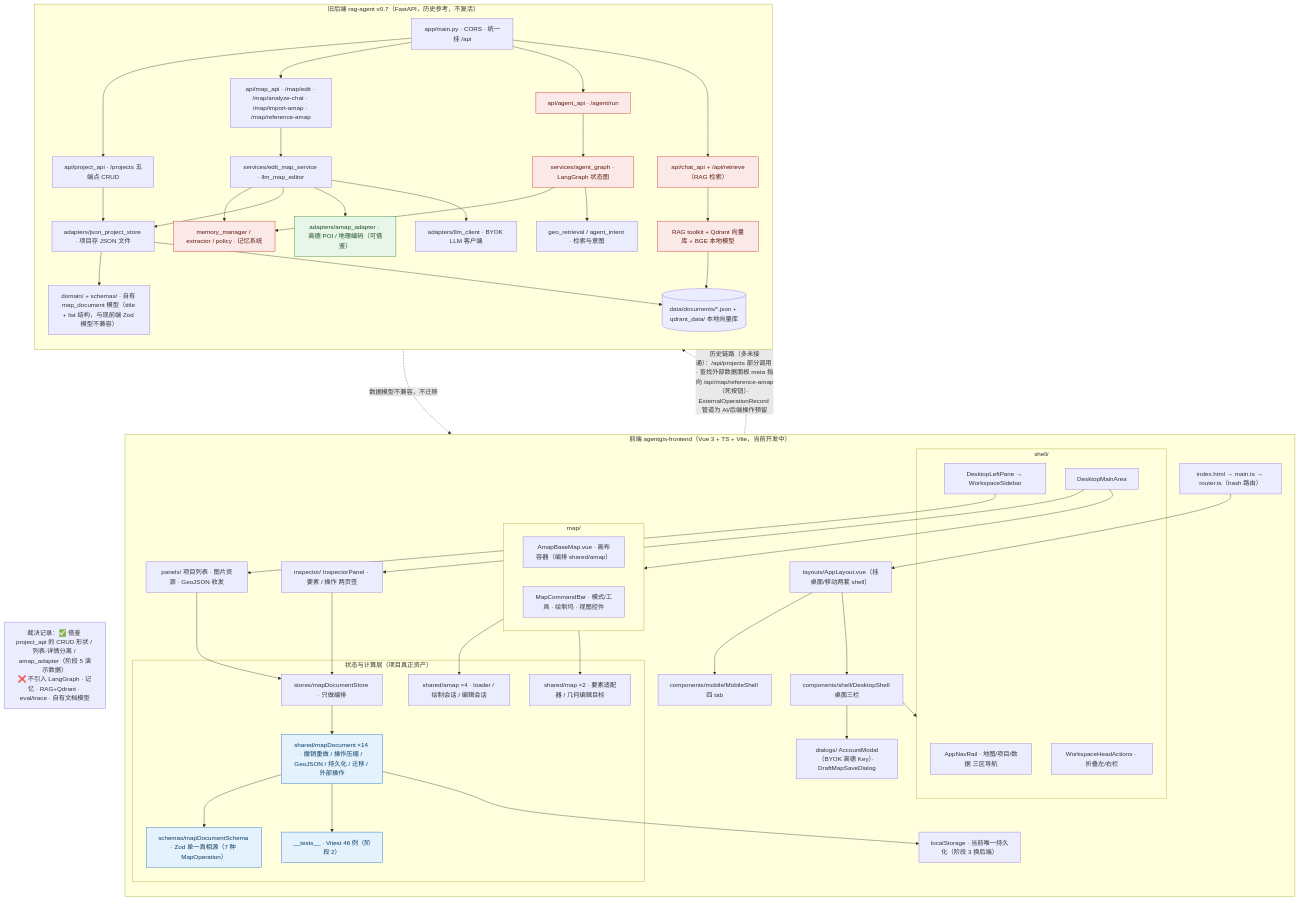
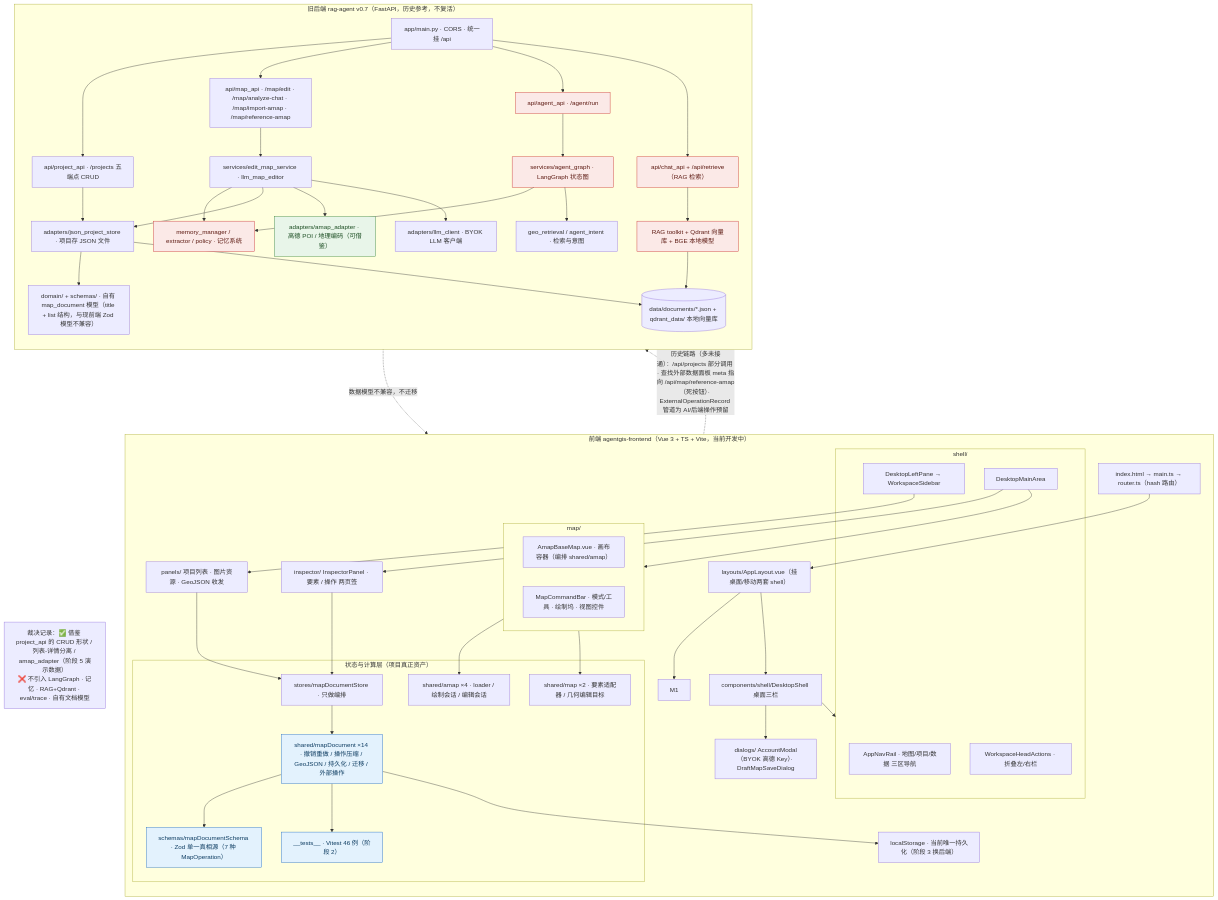
One commit to huahuajiji/agentgis-frontend changed the first of 2 diagrams in docs/前端与旧后端架构.md. Above: the diagram before and after it, drawn with Mermaid. The commit also changed other lines of this file and 12 other files, not shown here.

First line of the commit message:
refactor: 移除移动端（MobileShell / MobileBottomNav / 1039px 断点）

```diff
--- a/docs/前端与旧后端架构.md
+++ b/docs/前端与旧后端架构.md
@@ -11,7 +11,6 @@
         A1["index.html → main.ts → router.ts（hash 路由）"]
         A2["layouts/AppLayout.vue（挂桌面/移动两套 shell）"]
         D1["components/shell/DesktopShell 桌面三栏"]
-        M1["components/mobile/MobileShell 四 tab"]
         A1 --> A2
         A2 --> D1
         A2 --> M1
```
